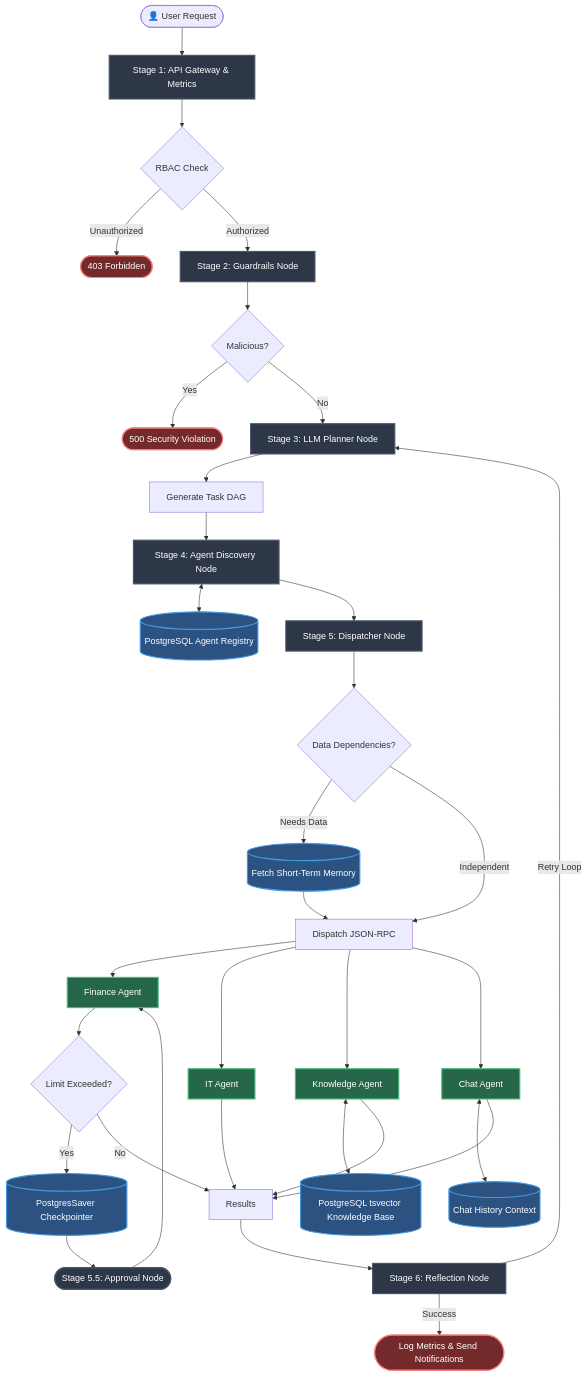
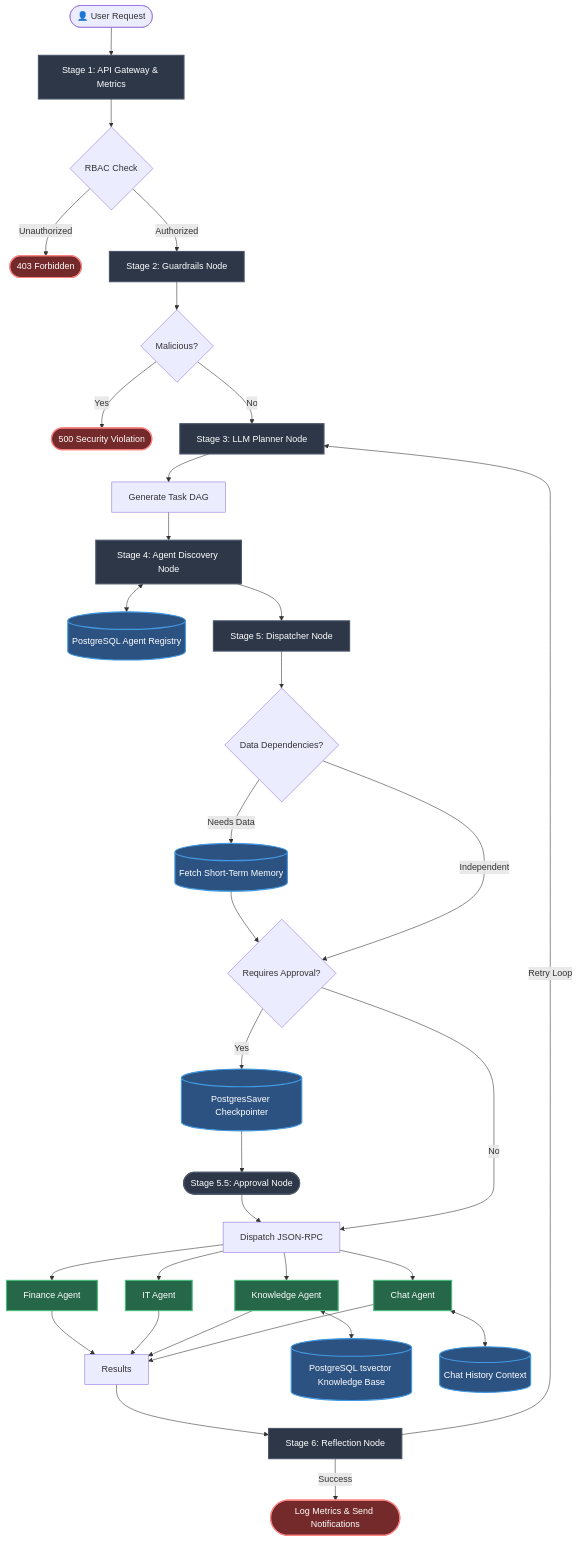
One commit to yaseenzj/EnterpriseA2A changed the diagram in README.md. Above: the diagram before and after it, drawn with Mermaid.

Commit message:
docs: refined Architecture diagram logic flow to accurately represent Approval node occurring inside the Dispatcher before JSON-RPC execution

````diff
--- a/README.md
+++ b/README.md
@@ -9,50 +9,51 @@
 ```mermaid
 graph TD
     %% Styling
     classDef stage fill:#2d3748,stroke:#4a5568,stroke-width:2px,color:#fff
     classDef db fill:#2c5282,stroke:#4299e1,stroke-width:2px,color:#fff
     classDef agent fill:#276749,stroke:#48bb78,stroke-width:2px,color:#fff
     classDef endpoint fill:#742a2a,stroke:#fc8181,stroke-width:2px,color:#fff
     
     User([👤 User Request]) --> Gateway[Stage 1: API Gateway & Metrics]:::stage
     
     Gateway --> RBAC{RBAC Check}
     RBAC -- Unauthorized --> Reject([403 Forbidden]):::endpoint
     RBAC -- Authorized --> Guardrails[Stage 2: Guardrails Node]:::stage
     
     Guardrails --> Malicious{Malicious?}
     Malicious -- Yes --> Block([500 Security Violation]):::endpoint
     Malicious -- No --> Planner[Stage 3: LLM Planner Node]:::stage
     
     Planner --> DAG[Generate Task DAG]
     DAG --> Discovery[Stage 4: Agent Discovery Node]:::stage
     
     Discovery <--> DB[(PostgreSQL Agent Registry)]:::db
     Discovery --> Dispatcher[Stage 5: Dispatcher Node]:::stage
     
     Dispatcher --> HistoryCheck{Data Dependencies?}
     HistoryCheck -- Needs Data --> FetchHistory[(Fetch Short-Term Memory)]:::db
-    FetchHistory --> Execute
-    HistoryCheck -- Independent --> Execute[Dispatch JSON-RPC]
+    FetchHistory --> ApprovalCheck
+    HistoryCheck -- Independent --> ApprovalCheck{Requires Approval?}
+    
+    ApprovalCheck -- Yes --> SaveState[(PostgresSaver Checkpointer)]:::db
+    SaveState --> Wait([Stage 5.5: Approval Node]):::stage
+    Wait --> Execute
+    
+    ApprovalCheck -- No --> Execute[Dispatch JSON-RPC]
     
     Execute --> A1[Finance Agent]:::agent
     Execute --> A2[IT Agent]:::agent
     Execute --> A3[Knowledge Agent]:::agent
     Execute --> A4[Chat Agent]:::agent
     
-    A1 --> Approval{Limit Exceeded?}
-    Approval -- Yes --> SaveState[(PostgresSaver Checkpointer)]:::db
-    SaveState --> Wait([Stage 5.5: Approval Node]):::stage
-    Wait --> A1
-    Approval -- No --> Results
-    
+    A1 --> Results
     A2 --> Results
     A3 <--> RAG[(PostgreSQL tsvector Knowledge Base)]:::db
     A3 --> Results
     A4 <--> ChatMem[(Chat History Context)]:::db
     A4 --> Results
     
     Results --> Reflection[Stage 6: Reflection Node]:::stage
     Reflection -- Success --> Final([Log Metrics & Send Notifications]):::endpoint
     Reflection -- Retry Loop --> Planner
 ```
````
